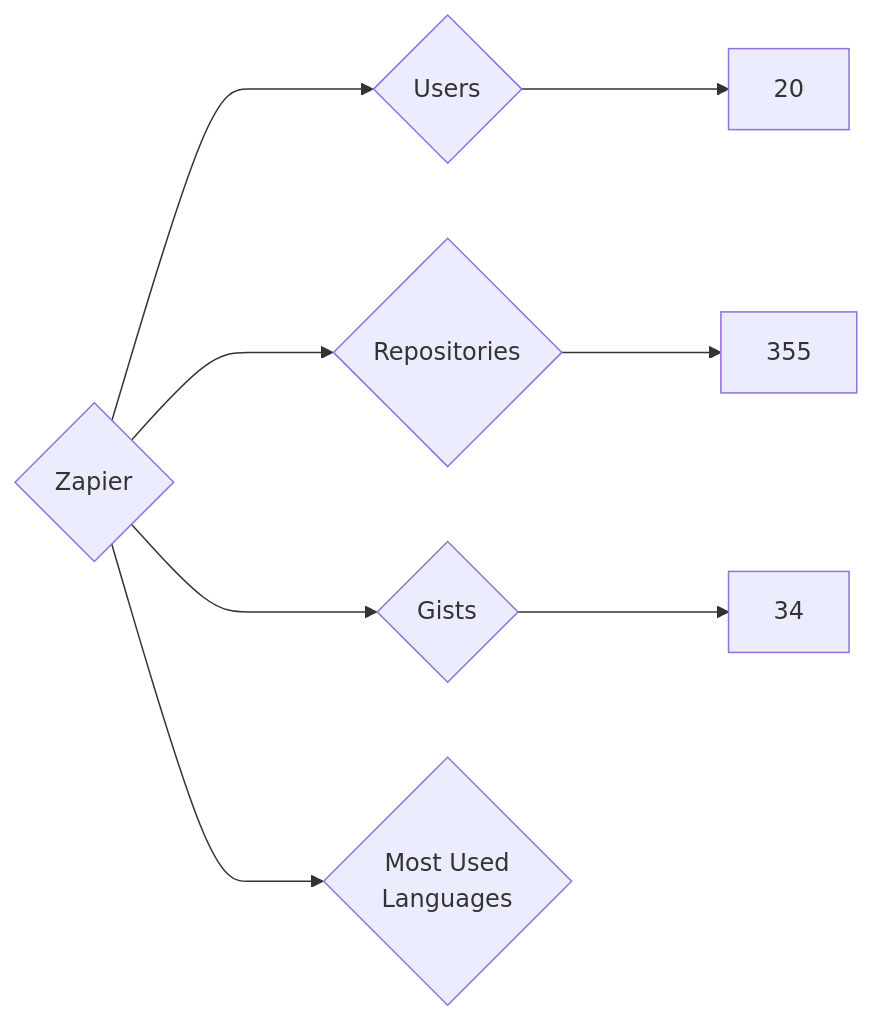
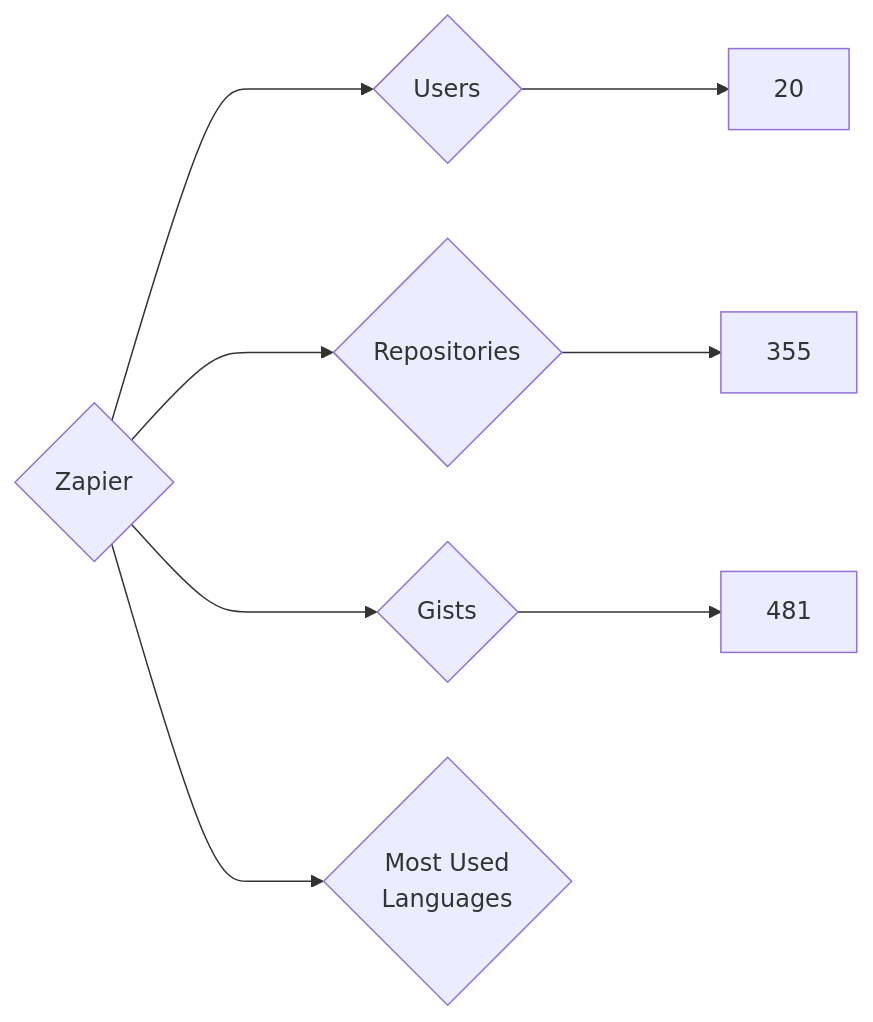
The diagram in targets/Zapier/README.md (nenadzaric/insiders), drawn with Mermaid before and after one commit. The commit also changed 1342 other files, not shown here.

````diff
--- a/targets/Zapier/README.md
+++ b/targets/Zapier/README.md
@@ -3,8 +3,8 @@
 ```mermaid
 graph LR
 COMPANY_NAME{Zapier}
 COMPANY_NAME ---> U{Users} ---> UN[20]
 COMPANY_NAME ---> R{Repositories} ---> RN[355]
-COMPANY_NAME ---> G{Gists} ---> GN[34]
+COMPANY_NAME ---> G{Gists} ---> GN[481]
 COMPANY_NAME ---> ML{Most Used<br>Languages}
 ```
````
